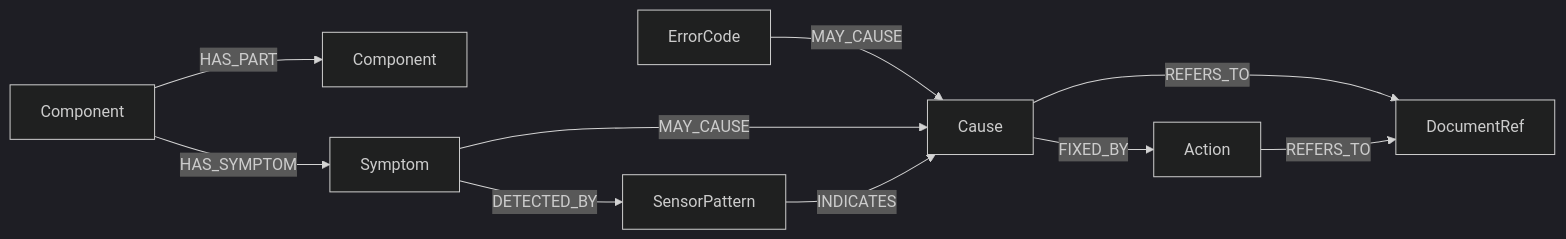
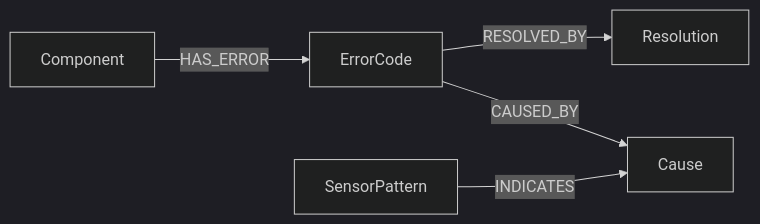
One commit to Jinuk93/ur5e-ontology-rag changed the first of 2 diagrams in docs/Main__Spec.md. Above: the diagram before and after it, drawn with Mermaid (dark theme). The commit also changed other lines of this file and 1 other file, not shown here.

````diff
--- a/docs/Main__Spec.md
+++ b/docs/Main__Spec.md
@@ -674,12 +804,7 @@
 ```mermaid
 graph LR
-    C[Component] -- HAS_PART --> C2[Component]
-    C -- HAS_SYMPTOM --> S[Symptom]
-    E[ErrorCode] -- MAY_CAUSE --> K[Cause]
-    S -- MAY_CAUSE --> K
-    S -- DETECTED_BY --> SP[SensorPattern]
-    SP -- INDICATES --> K
-    K -- FIXED_BY --> A[Action]
-    K -- REFERS_TO --> D[DocumentRef]
-    A -- REFERS_TO --> D
+    C[Component] -- HAS_ERROR --> E[ErrorCode]
+    E -- RESOLVED_BY --> R[Resolution]
+    E -- CAUSED_BY --> K[Cause]
+    SP[SensorPattern] -- INDICATES --> K
 ```
````
